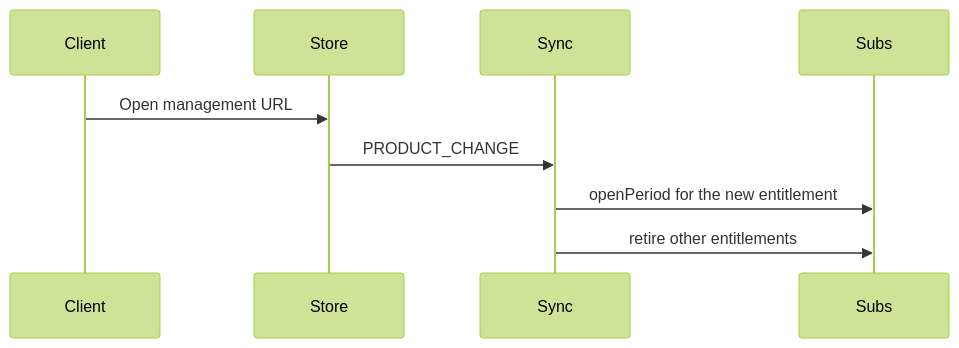
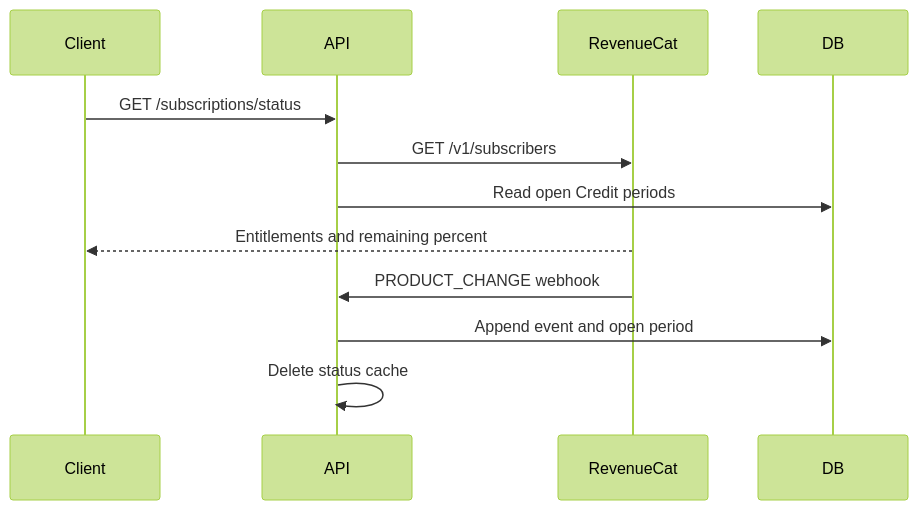
The second of 2 diagrams in server/docs/ai/adr/2026-10-04-subscription-credits.md (moeru-ai/airi), drawn with Mermaid (forest theme) before and after one commit. The commit also changed other lines of this file and 21 other files, not shown here.

First line of the commit message:
refactor(api): read subscription status from RevenueCat

````diff
--- a/server/docs/ai/adr/2026-10-04-subscription-credits.md
+++ b/server/docs/ai/adr/2026-10-04-subscription-credits.md
@@ -56,11 +78,14 @@
 ```mermaid
 sequenceDiagram
   participant Client
-  participant Store
-  participant Sync
-  participant Subs
-  Client->>Store: Open management URL
-  Store->>Sync: PRODUCT_CHANGE
-  Sync->>Subs: openPeriod for the new entitlement
-  Sync->>Subs: retire other entitlements
+  participant API
+  participant RC as RevenueCat
+  participant DB
+  Client->>API: GET /subscriptions/status
+  API->>RC: GET /v1/subscribers
+  API->>DB: Read open Credit periods
+  RC-->>Client: Entitlements and remaining percent
+  RC->>API: PRODUCT_CHANGE webhook
+  API->>DB: Append event and open period
+  API->>API: Delete status cache
 ```
````
